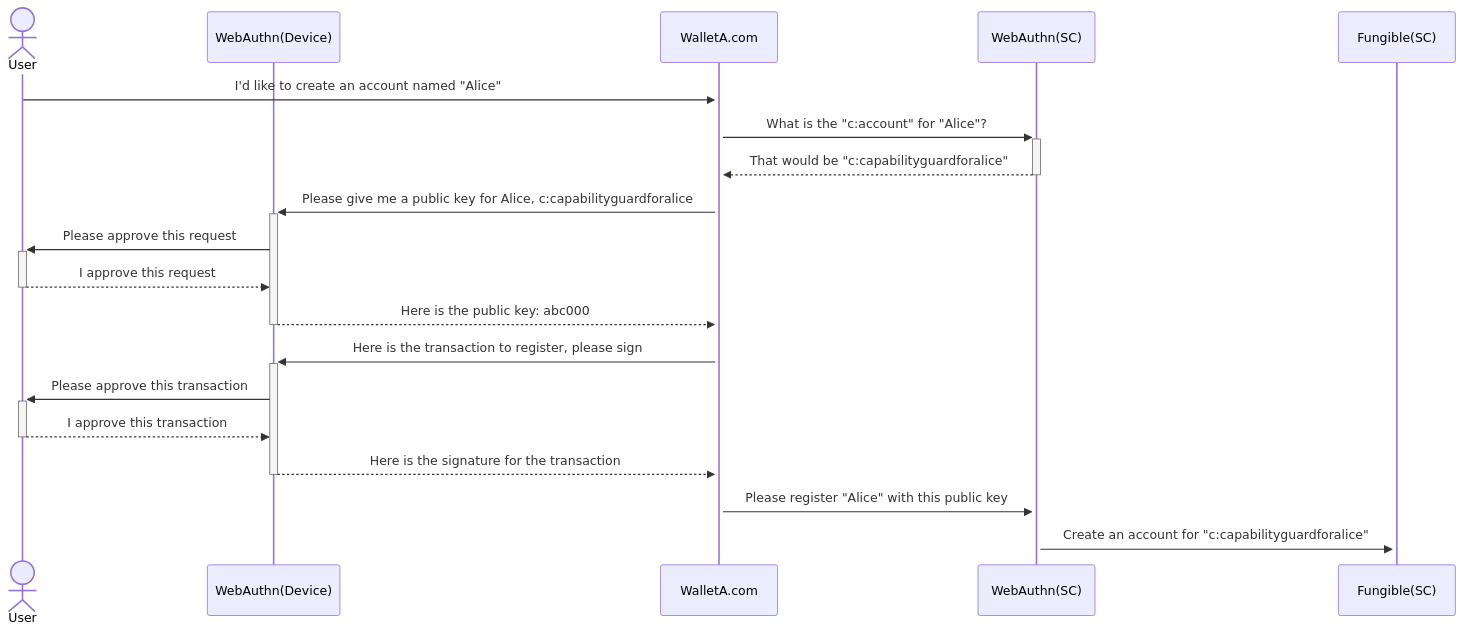
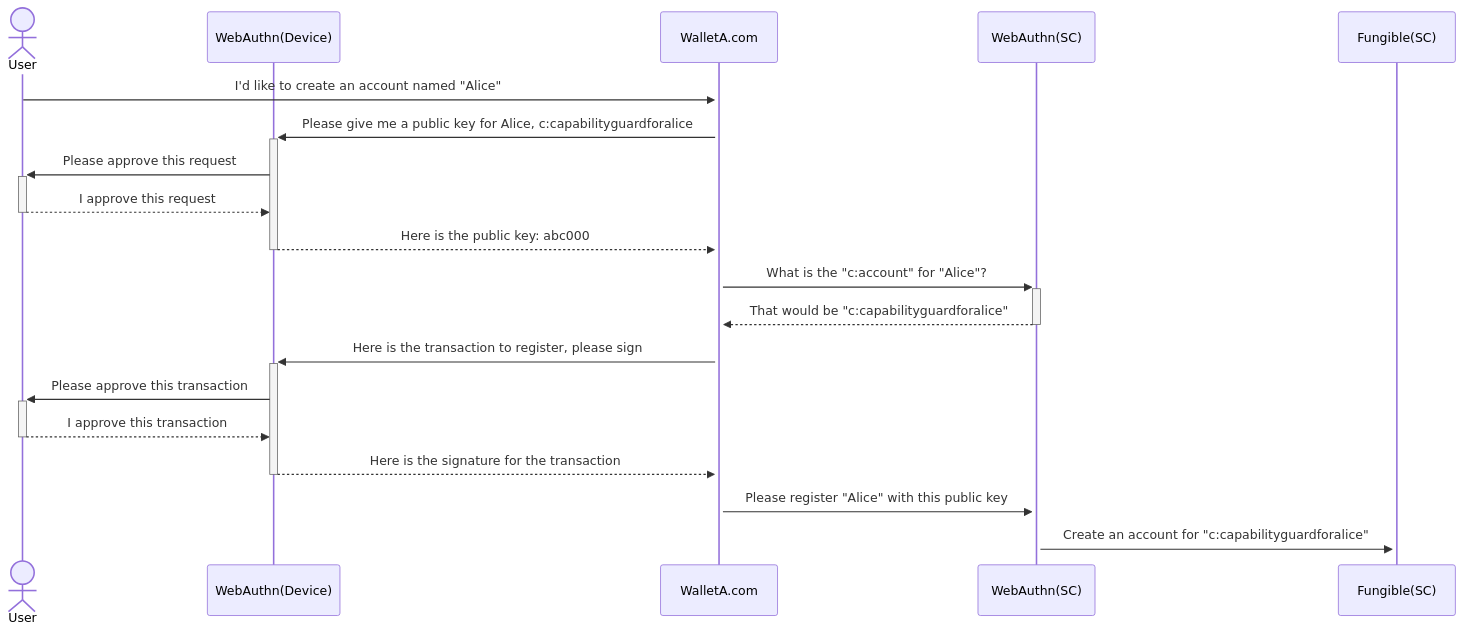
The first of 4 diagrams in docs/KIP-0023/KIP-0023.md (kadena-community/spirekey), drawn with Mermaid before and after one commit. The commit also changed other lines of this file, not shown here.

Commit message:
flow chart cleanup

````diff
--- a/docs/KIP-0023/KIP-0023.md
+++ b/docs/KIP-0023/KIP-0023.md
@@ -301,22 +308,22 @@
 ```mermaid
 sequenceDiagram
   actor User
   participant WebAuthn(Device)
   participant WalletA.com
   participant WebAuthn(SC)
   participant Fungible(SC)
 
   User->>+WalletA.com: I'd like to create an account named "Alice"
-  WalletA.com->>+WebAuthn(SC): What is the "c:account" for "Alice"?
-  WebAuthn(SC)-->>-WalletA.com: That would be "c:capabilityguardforalice"
   WalletA.com->>+WebAuthn(Device): Please give me a public key for Alice, c:capabilityguardforalice
   WebAuthn(Device)->>+User: Please approve this request
   User-->>-WebAuthn(Device): I approve this request
   WebAuthn(Device)-->>-WalletA.com: Here is the public key: abc000
+  WalletA.com->>+WebAuthn(SC): What is the "c:account" for "Alice"?
+  WebAuthn(SC)-->>-WalletA.com: That would be "c:capabilityguardforalice"
   WalletA.com->>+WebAuthn(Device): Here is the transaction to register, please sign
   WebAuthn(Device)->>+User: Please approve this transaction
   User-->>-WebAuthn(Device): I approve this transaction
   WebAuthn(Device)-->>-WalletA.com: Here is the signature for the transaction
   WalletA.com->>+WebAuthn(SC): Please register "Alice" with this public key
   WebAuthn(SC)->>+Fungible(SC): Create an account for "c:capabilityguardforalice"
 ```
````
